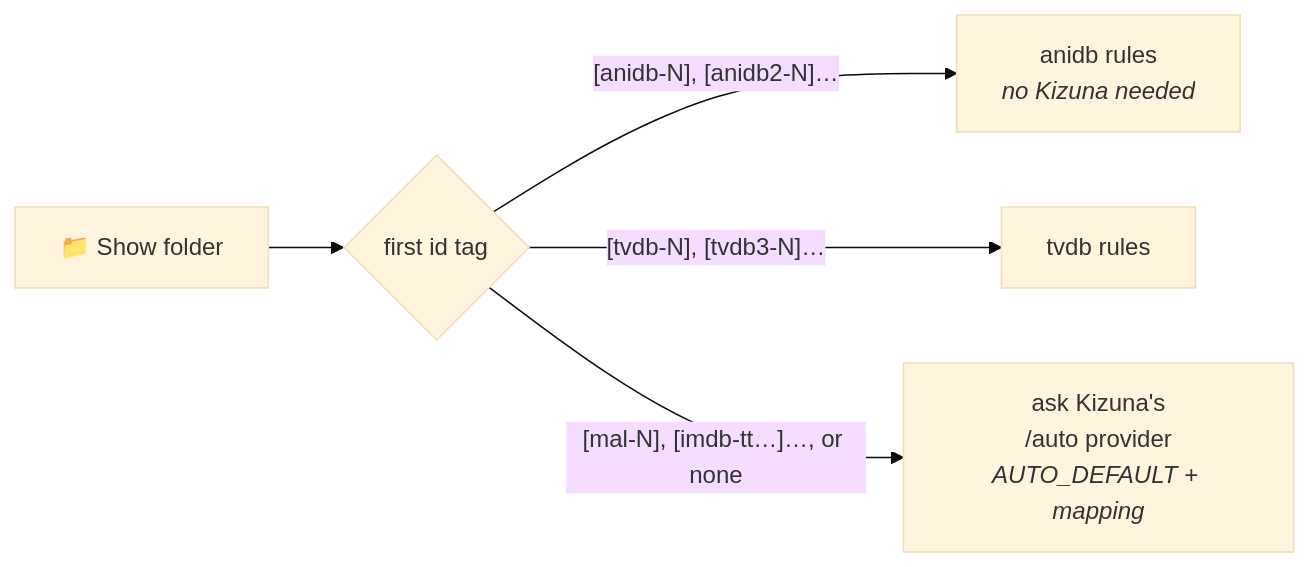
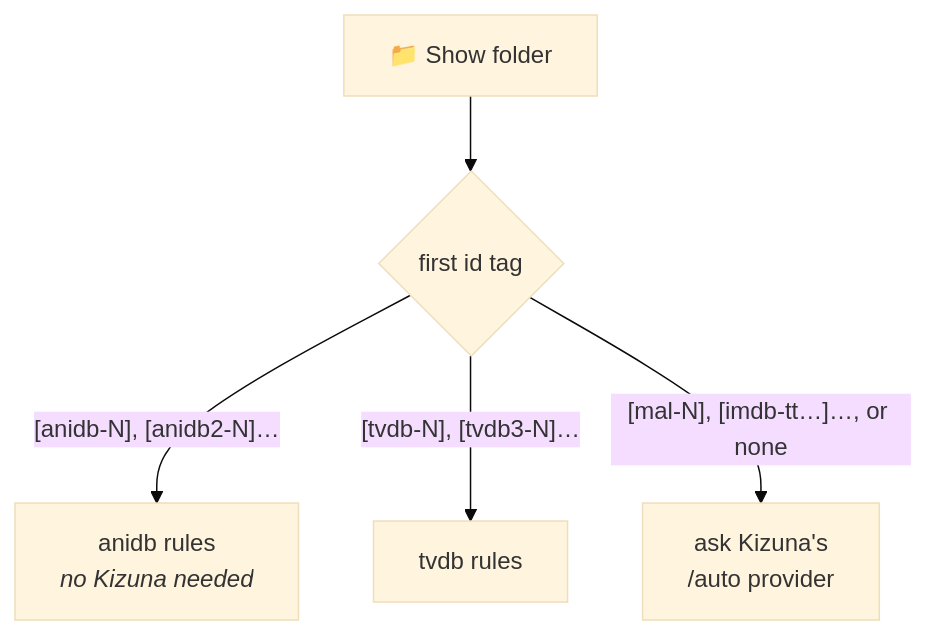
One commit to KurtzPT/kizuna changed the second of 2 diagrams in MIGRATION.md. Above: the diagram before and after it, drawn with Mermaid (base theme). The commit also changed other lines of this file and 17 other files, not shown here.

````diff
--- a/MIGRATION.md
+++ b/MIGRATION.md
@@ -404,7 +300,7 @@
 ```mermaid
-flowchart LR
+flowchart TD
     A["📁 Show folder"] --> B{"first id tag"}
     B -->|"[anidb-N], [anidb2-N]…"| C["anidb rules<br/><i>no Kizuna needed</i>"]
     B -->|"[tvdb-N], [tvdb3-N]…"| D["tvdb rules"]
-    B -->|"[mal-N], [imdb-tt…]…, or none"| E["ask Kizuna's<br/>/auto provider<br/><i>AUTO_DEFAULT + mapping</i>"]
+    B -->|"[mal-N], [imdb-tt…]…, or none"| E["ask Kizuna's<br/>/auto provider"]
 ```
````
